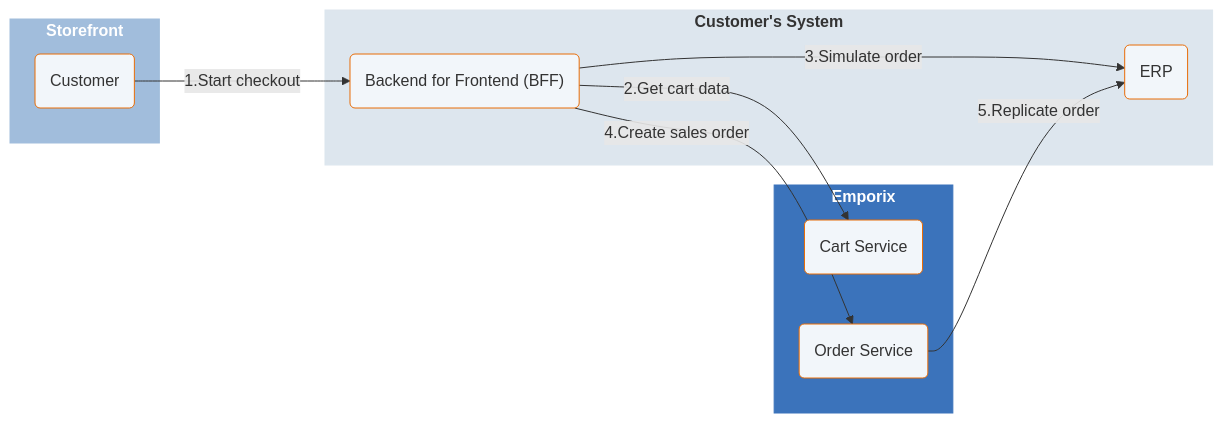
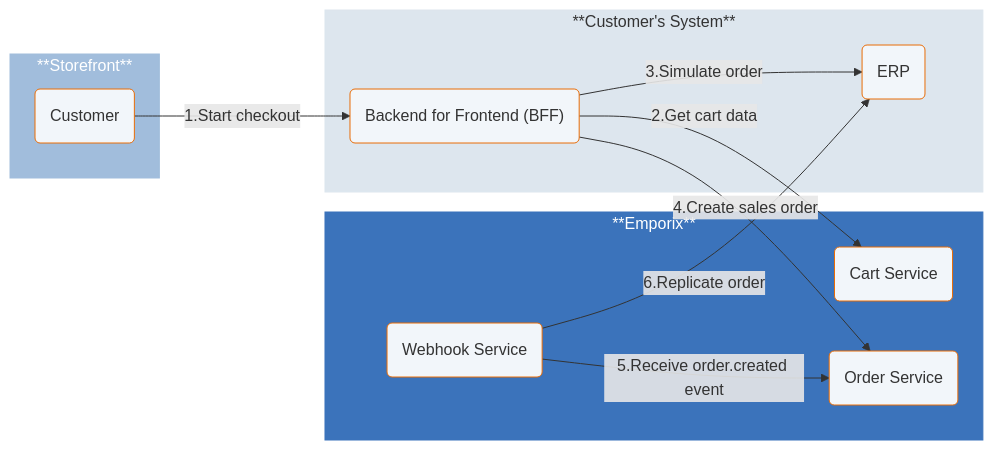
One commit to emporix/api-references changed the third of 3 diagrams in orders/order/order.md. Above: the diagram before and after it, drawn with Mermaid. The commit also changed other lines of this file and 8 other files, not shown here.

Commit message:
COP-3102 Diagrams updates

````diff
--- a/orders/order/order.md
+++ b/orders/order/order.md
@@ -157,44 +170,48 @@
 ```mermaid
 ---
 config:
   layout: fixed
   theme: default
   look: classic
 ---
 flowchart LR
- subgraph subGraph0["`**Storefront**`"]
+ subgraph subGraph0["**Storefront**"]
         A["Customer"]
   end
- subgraph subGraph1["`**Emporix**`"]
+ subgraph subGraph1["**Emporix**"]
         CS["Cart Service"]
         OS["Order Service"]
+        WS["Webhook Service"]
   end
- subgraph subGraph2["`**Customer's System**`"]
+ subgraph subGraph2["**Customer's System**"]
         BFF["Backend for Frontend (BFF)"]
         ERP["ERP"]
   end
     A -- "1.Start checkout" --> BFF
     BFF -- "2.Get cart data" --> CS
     BFF -- "3.Simulate order" --> ERP
     BFF -- "4.Create sales order" --> OS
-    OS -- "5.Replicate order" --> ERP
+    WS -- "5.Receive order.created event" --> OS
+    WS -- "6.Replicate order" --> ERP
     A@{ shape: rounded}
     CS@{ shape: rounded}
     OS@{ shape: rounded}
+    WS@{ shape: rounded}
     BFF@{ shape: rounded}
     ERP@{ shape: rounded}
      A:::Class_04
      CS:::Class_04
      OS:::Class_04
+     WS:::Class_04
      BFF:::Class_04
      ERP:::Class_04
      subGraph1:::Class_03
      subGraph0:::Class_01
      subGraph2:::Class_02
     classDef Class_02 stroke-width:1px, stroke-dasharray: 0, stroke:#DDE6EE, fill:#DDE6EE
     classDef Class_01 stroke-width:1px, stroke-dasharray: 0, stroke:#A1BDDC, fill:#A1BDDC
     classDef Class_03 stroke-width:1px, stroke-dasharray: 0, stroke:#3b73bb, fill:#3b73bb
     classDef Class_04 fill:#F2F6FA, stroke:#E86C07
+    style subGraph1 color:#FFFFFF
     style subGraph0 color:#FFFFFF
-    style subGraph1 color:#FFFFFF
 ```
````
